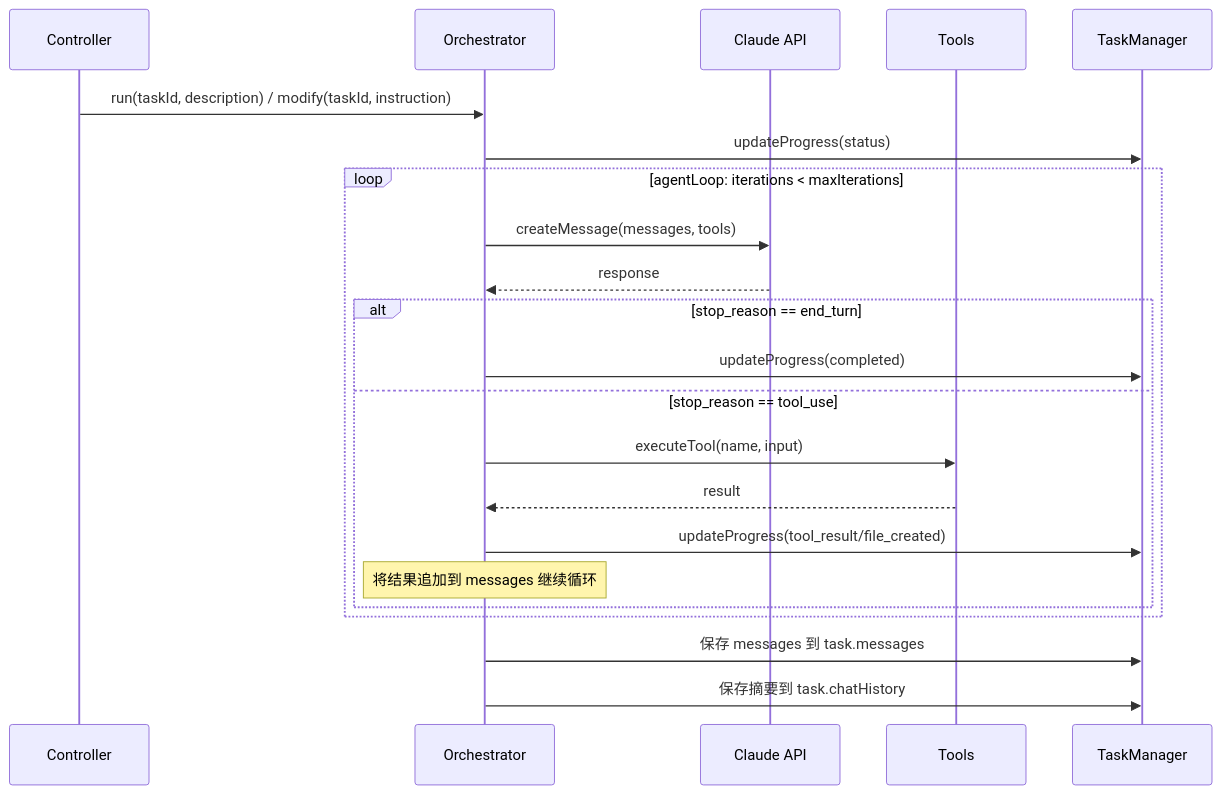
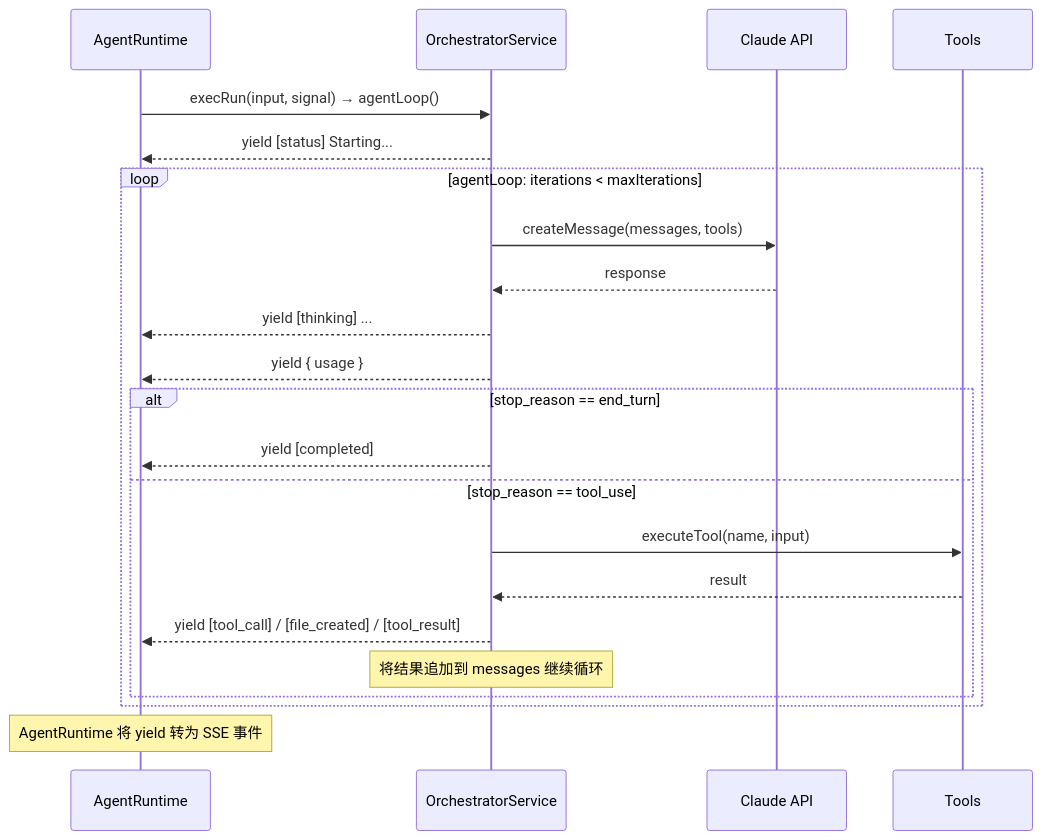
One commit to eggjs/agent-examples changed the second of 3 diagrams in mini-muse/docs/design.md. Above: the diagram before and after it, drawn with Mermaid. The commit also changed other lines of this file and 23 other files, not shown here.

First line of the commit message:
refactor: migrate to tegg v4 + @AgentController for standardized Agent API

````diff
--- a/mini-muse/docs/design.md
+++ b/mini-muse/docs/design.md
@@ -131,28 +153,28 @@
 ```mermaid
 sequenceDiagram
-    participant C as Controller
-    participant O as Orchestrator
+    participant C as AgentRuntime
+    participant O as OrchestratorService
     participant AI as Claude API
     participant T as Tools
-    participant TM as TaskManager
 
-    C->>O: run(taskId, description) / modify(taskId, instruction)
-    O->>TM: updateProgress(status)
+    C->>O: execRun(input, signal) → agentLoop()
+    O-->>C: yield [status] Starting...
 
     loop agentLoop: iterations < maxIterations
         O->>AI: createMessage(messages, tools)
         AI-->>O: response
+        O-->>C: yield [thinking] ...
+        O-->>C: yield { usage }
 
         alt stop_reason == end_turn
-            O->>TM: updateProgress(completed)
+            O-->>C: yield [completed]
         else stop_reason == tool_use
             O->>T: executeTool(name, input)
             T-->>O: result
-            O->>TM: updateProgress(tool_result/file_created)
+            O-->>C: yield [tool_call] / [file_created] / [tool_result]
             Note over O: 将结果追加到 messages 继续循环
         end
     end
 
-    O->>TM: 保存 messages 到 task.messages
-    O->>TM: 保存摘要到 task.chatHistory
+    Note over C: AgentRuntime 将 yield 转为 SSE 事件
 ```
````
